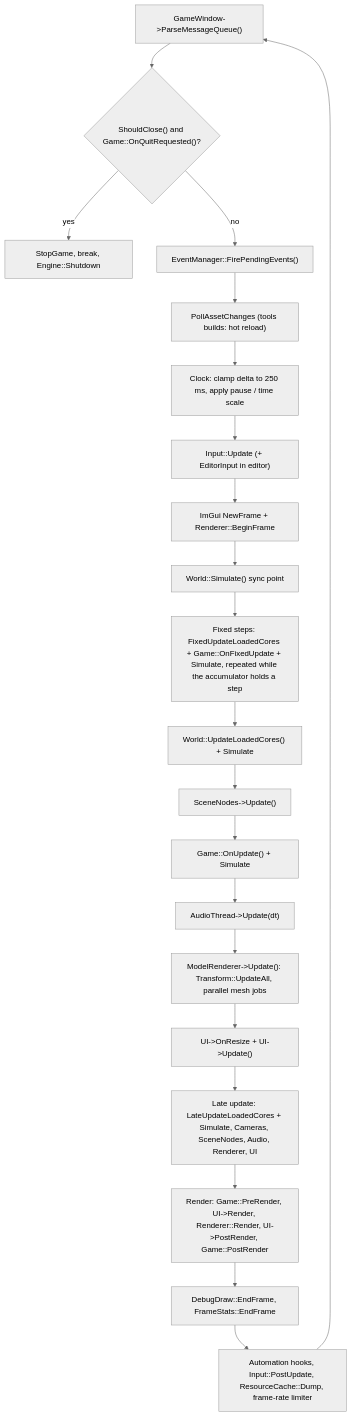
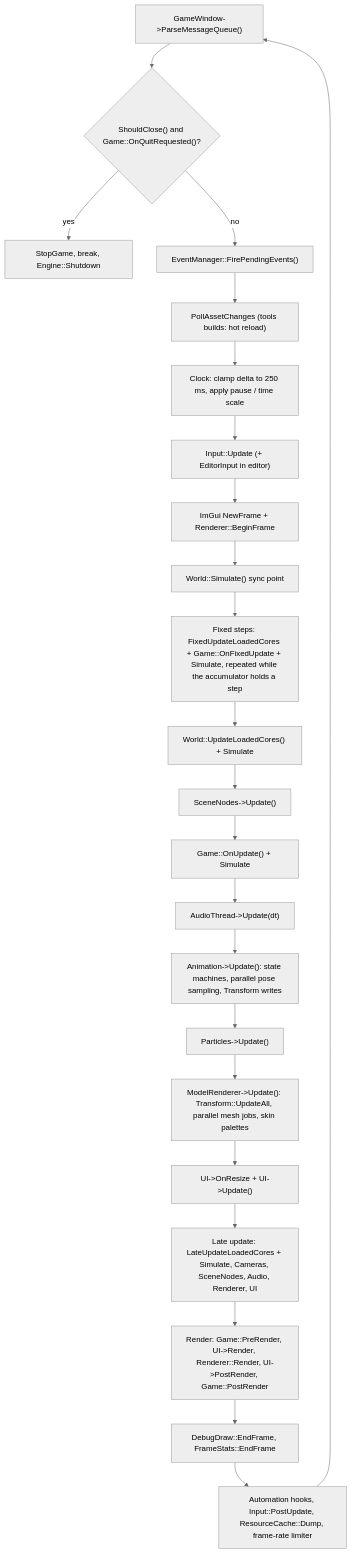
The second of 2 diagrams in Docs/Architecture.md (wobbier/MitchEngine), drawn with Mermaid (neutral theme) before and after one commit. The commit also changed other lines of this file and 7 other files, not shown here.

````diff
--- a/Docs/Architecture.md
+++ b/Docs/Architecture.md
@@ -93,23 +93,25 @@
 ```mermaid
 flowchart TD
     A["GameWindow->ParseMessageQueue()"] --> B{"ShouldClose() and Game::OnQuitRequested()?"}
     B -- yes --> Z["StopGame, break, Engine::Shutdown"]
     B -- no --> C["EventManager::FirePendingEvents()"]
     C --> C2["PollAssetChanges (tools builds: hot reload)"]
     C2 --> D["Clock: clamp delta to 250 ms, apply pause / time scale"]
     D --> E["Input::Update (+ EditorInput in editor)"]
     E --> F["ImGui NewFrame + Renderer::BeginFrame"]
     F --> G["World::Simulate() sync point"]
     G --> H["Fixed steps: FixedUpdateLoadedCores + Game::OnFixedUpdate + Simulate, repeated while the accumulator holds a step"]
     H --> I["World::UpdateLoadedCores() + Simulate"]
     I --> J["SceneNodes->Update()"]
     J --> K["Game::OnUpdate() + Simulate"]
     K --> L["AudioThread->Update(dt)"]
-    L --> M["ModelRenderer->Update(): Transform::UpdateAll, parallel mesh jobs"]
+    L --> L2["Animation->Update(): state machines, parallel pose sampling, Transform writes"]
+    L2 --> L3["Particles->Update()"]
+    L3 --> M["ModelRenderer->Update(): Transform::UpdateAll, parallel mesh jobs, skin palettes"]
     M --> N["UI->OnResize + UI->Update()"]
     N --> O["Late update: LateUpdateLoadedCores + Simulate, Cameras, SceneNodes, Audio, Renderer, UI"]
     O --> P["Render: Game::PreRender, UI->Render, Renderer::Render, UI->PostRender, Game::PostRender"]
     P --> P2["DebugDraw::EndFrame, FrameStats::EndFrame"]
     P2 --> Q["Automation hooks, Input::PostUpdate, ResourceCache::Dump, frame-rate limiter"]
     Q --> A
 ```
````
